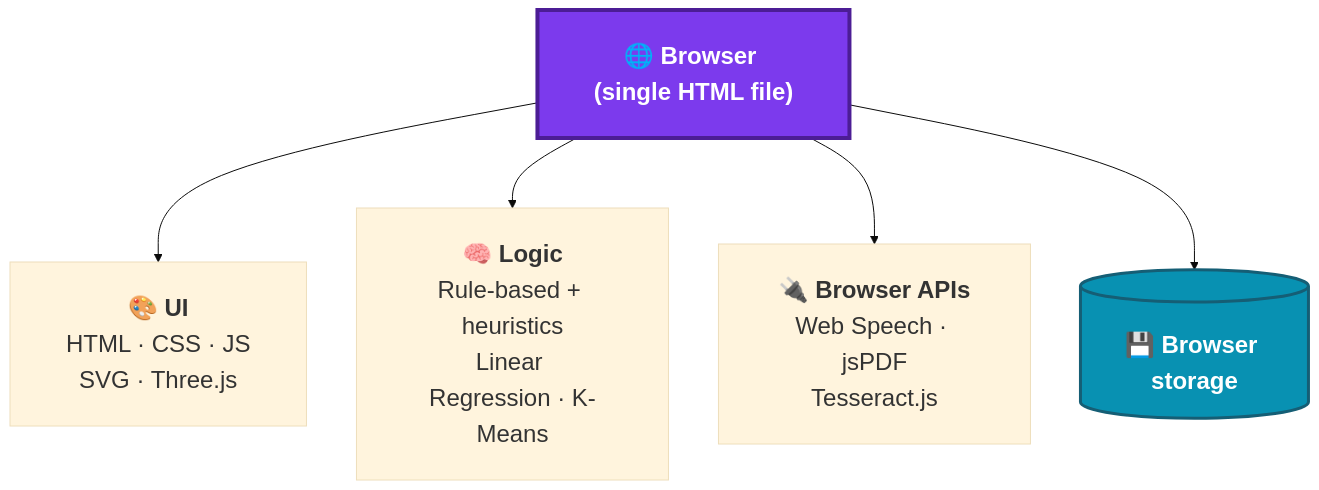
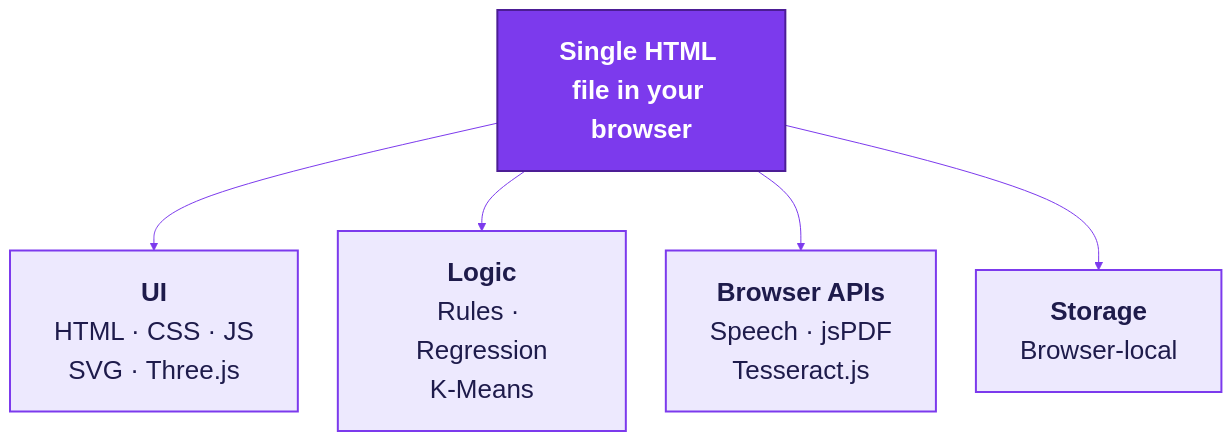
One commit to Mansi232323/MANSHORA changed diagram 12 of 13 in README.md. Above: the diagram before and after it, drawn with Mermaid. The commit also changed other lines of this file, not shown here.

````diff
--- a/README.md
+++ b/README.md
@@ -575,11 +484,13 @@
 ```mermaid
-%%{init: {'theme':'base','themeVariables':{'fontSize':'24px'},'flowchart':{'nodeSpacing':50,'rankSpacing':70,'padding':28,'htmlLabels':true}}}%%
+%%{init: {'theme':'base','themeVariables':{'fontSize':'26px','lineColor':'#7c3aed'},'flowchart':{'nodeSpacing':40,'rankSpacing':60,'padding':22,'htmlLabels':true}}}%%
 flowchart TB
-    U["<b>🌐 Browser (single HTML file)</b>"]
-    U --> UI["<b>🎨 UI</b><br/>HTML · CSS · JS<br/>SVG · Three.js"]
-    U --> LG["<b>🧠 Logic</b><br/>Rule-based + heuristics<br/>Linear Regression · K-Means"]
-    U --> IO["<b>🔌 Browser APIs</b><br/>Web Speech · jsPDF<br/>Tesseract.js"]
-    U --> ST[("<b>💾 Browser storage</b>")]
-    style U fill:#7c3aed,color:#fff,stroke:#4c1d95,stroke-width:4px
-    style ST fill:#0891b2,color:#fff,stroke:#155e75,stroke-width:3px
+    B["<b>Single HTML file in your browser</b>"]
+    B --> U["<b>UI</b><br/>HTML · CSS · JS<br/>SVG · Three.js"]
+    B --> L["<b>Logic</b><br/>Rules · Regression<br/>K-Means"]
+    B --> A["<b>Browser APIs</b><br/>Speech · jsPDF<br/>Tesseract.js"]
+    B --> S["<b>Storage</b><br/>Browser-local"]
+    classDef core fill:#7c3aed,stroke:#4c1d95,stroke-width:2px,color:#ffffff
+    classDef n fill:#ede9fe,stroke:#7c3aed,stroke-width:2px,color:#1e1b4b
+    class B core
+    class U,L,A,S n
 ```
````
